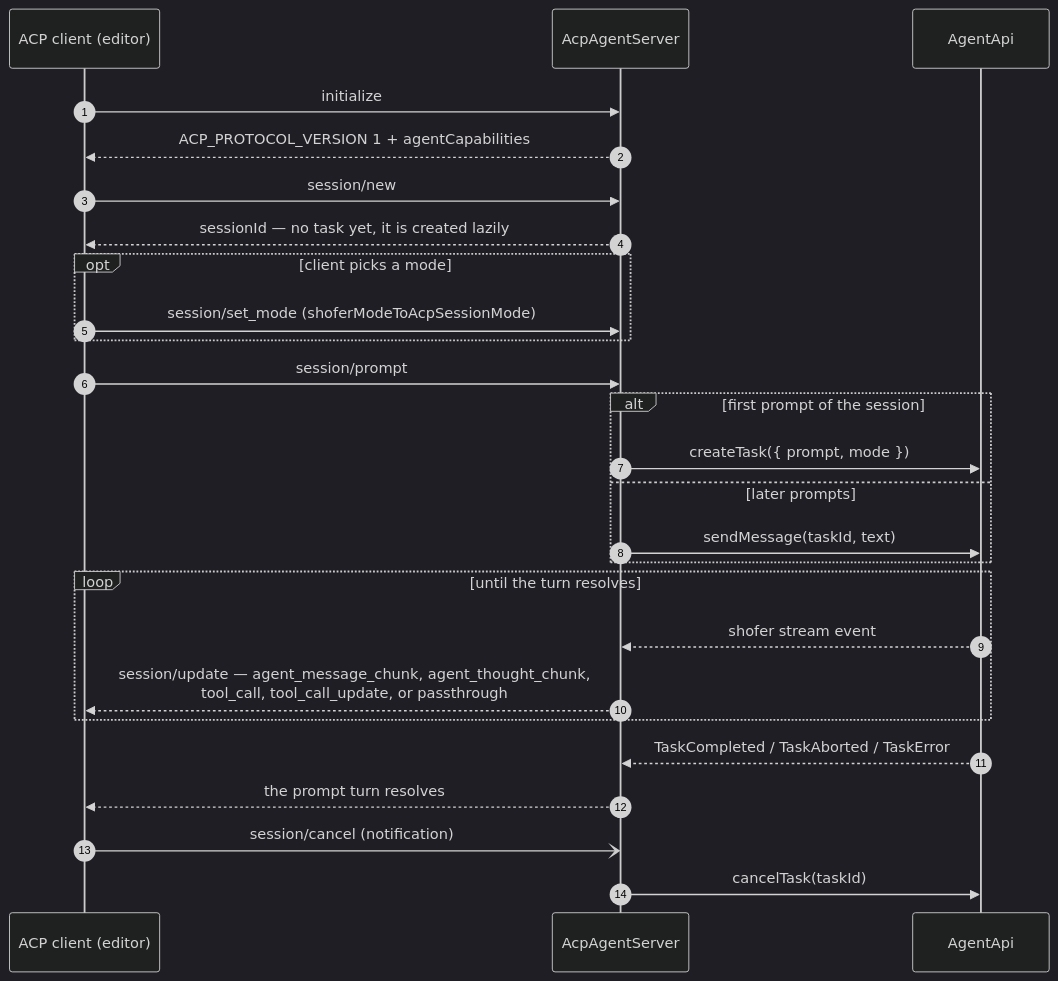
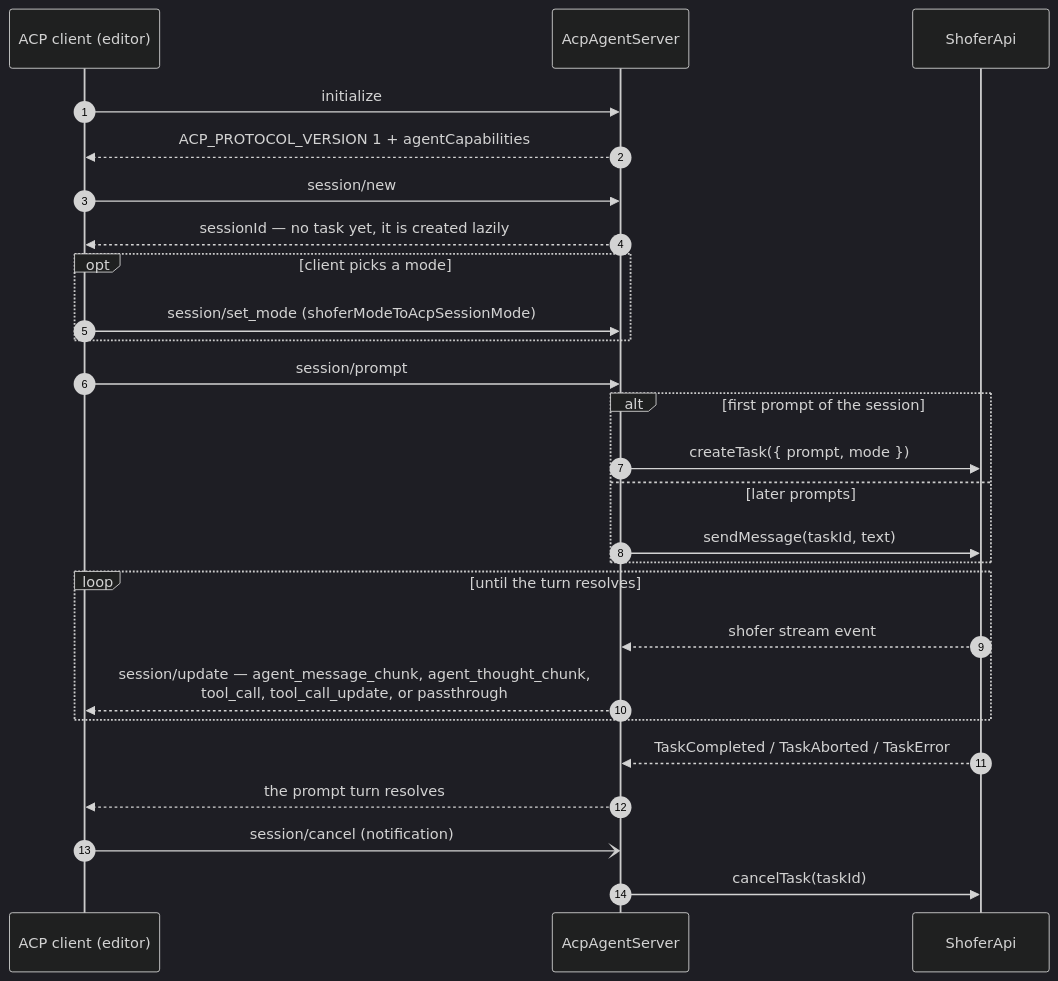
The second of 2 diagrams in docs/acp.md (shofer-dev/shofer), drawn with Mermaid (dark theme) before and after one commit. The commit also changed other lines of this file and 64 other files, not shown here.

First line of the commit message:
refactor(api)!: rename AgentApi -> ShoferApi, ShoferAPI -> ShoferExtensionApi

````diff
--- a/docs/acp.md
+++ b/docs/acp.md
@@ -83,29 +83,29 @@
 ```mermaid
 sequenceDiagram
     autonumber
     participant E as ACP client (editor)
     participant S as AcpAgentServer
-    participant A as AgentApi
+    participant A as ShoferApi
 
     E->>S: initialize
     S-->>E: ACP_PROTOCOL_VERSION 1 + agentCapabilities
     E->>S: session/new
     S-->>E: sessionId — no task yet, it is created lazily
     opt client picks a mode
         E->>S: session/set_mode (shoferModeToAcpSessionMode)
     end
     E->>S: session/prompt
     alt first prompt of the session
         S->>A: createTask({ prompt, mode })
     else later prompts
         S->>A: sendMessage(taskId, text)
     end
     loop until the turn resolves
         A-->>S: shofer stream event
         S-->>E: session/update — agent_message_chunk, agent_thought_chunk,<br/>tool_call, tool_call_update, or passthrough
     end
     A-->>S: TaskCompleted / TaskAborted / TaskError
     S-->>E: the prompt turn resolves
     E-)S: session/cancel (notification)
     S->>A: cancelTask(taskId)
 ```
````
